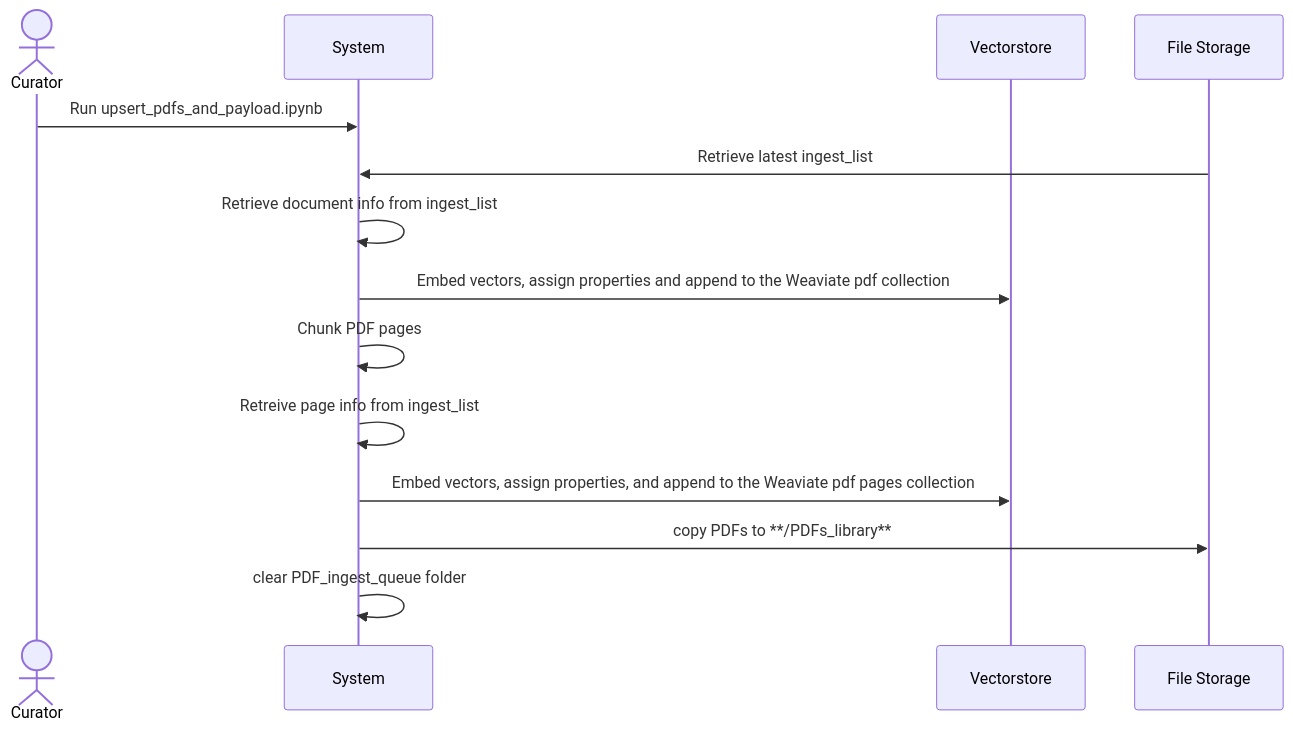
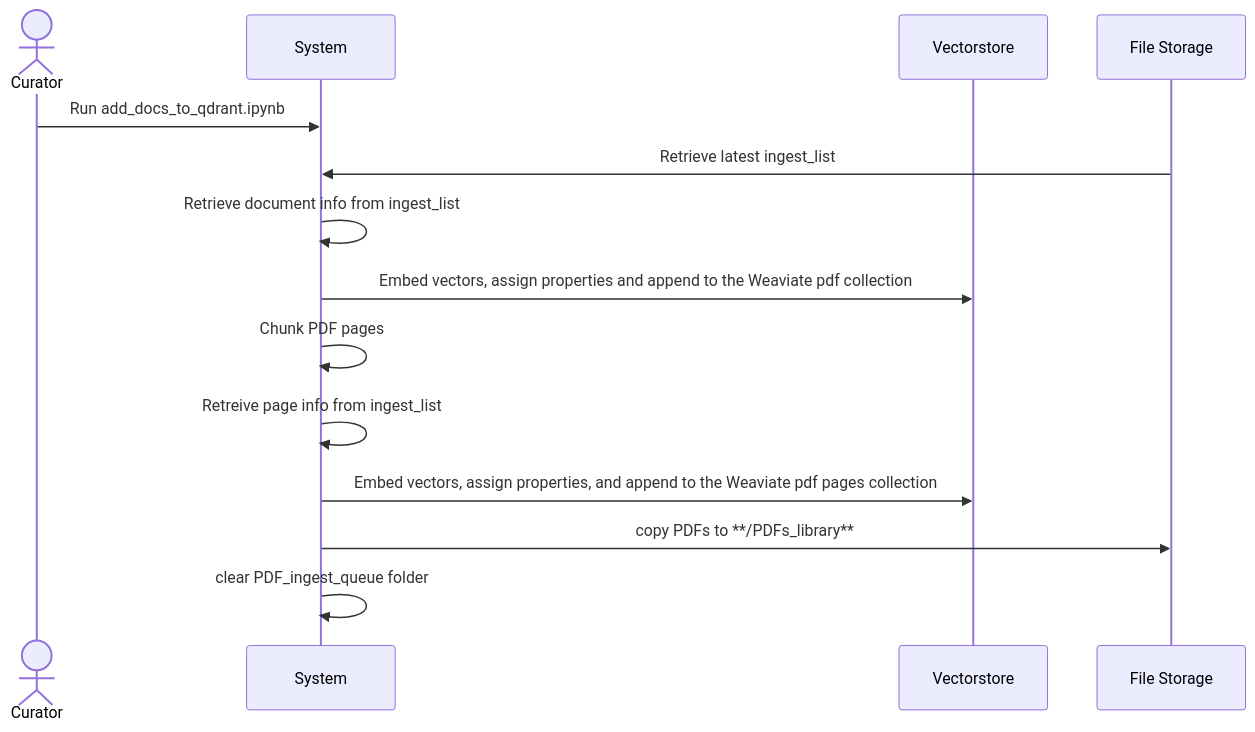
Before and after one commit to drew-wks/ASK: the second of 2 diagrams in docs/library_admin_processes.md, drawn with Mermaid. The commit also changed other lines of this file and 6 other files, not shown here.

Commit message:
admin file name changes and added ecfr diagram for now

````diff
--- a/docs/library_admin_processes.md
+++ b/docs/library_admin_processes.md
@@ -29,16 +29,16 @@
 ```mermaid
 sequenceDiagram
     actor Curator
     participant System
     participant Vectorstore
 
-    Curator->>System: Run upsert_pdfs_and_payload.ipynb 
+    Curator->>System: Run add_docs_to_qdrant.ipynb 
     File Storage->>System: Retrieve latest ingest_list
     System->>System: Retrieve document info from ingest_list
     System->>Vectorstore: Embed vectors, assign properties and append to the Weaviate pdf collection
     System->>System: Chunk PDF pages
     System->>System: Retreive page info from ingest_list
     System->>Vectorstore: Embed vectors, assign properties, and append to the Weaviate pdf pages collection
     System->>File Storage: copy PDFs to **/PDFs_library**
     System->>System: clear PDF_ingest_queue folder
 ```
````
